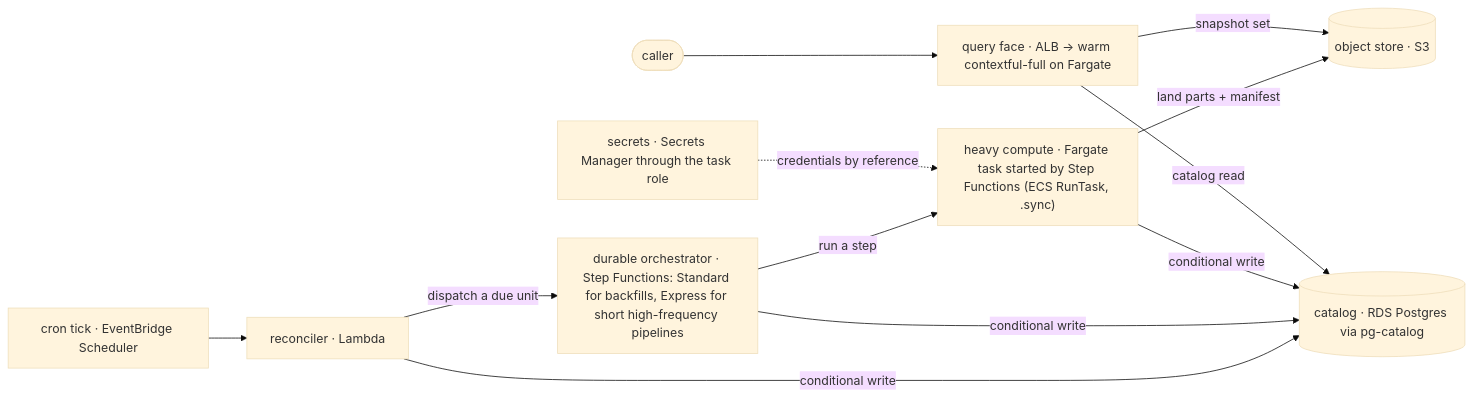
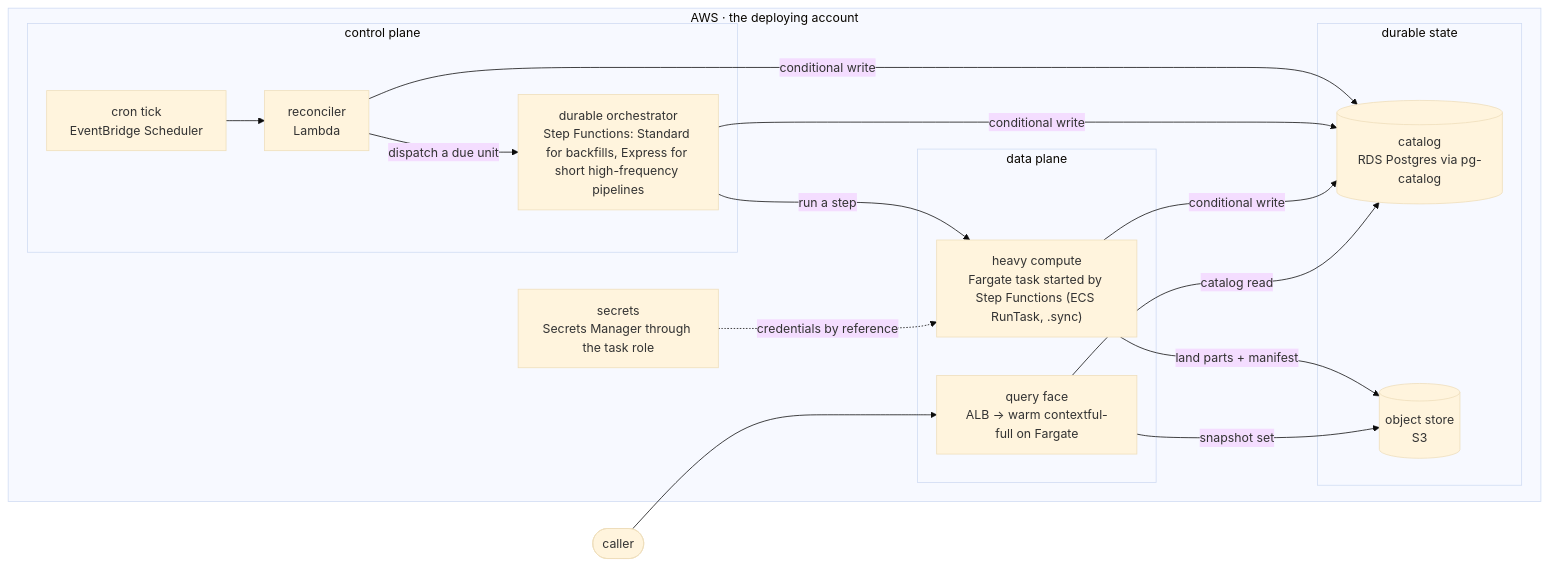
One commit to fractalboxdev/contextful changed the first of 3 diagrams in spec/targets.md. Above: the diagram before and after it, drawn with Mermaid (base theme). The commit also changed other lines of this file and 33 other files, not shown here.

Commit message:
spec: diagrams draw contracts, parties and trust zones as containers; a node standing for one is refused

````diff
--- a/spec/targets.md
+++ b/spec/targets.md
@@ -26,18 +26,26 @@
 ```mermaid
 flowchart LR
   CALLER(["caller"])
-  TICK["cron tick · EventBridge Scheduler"]
-  REC["reconciler · Lambda"]
-  ORCH["durable orchestrator · Step Functions: Standard for backfills, Express for short high-frequency pipelines"]
-  COMP["heavy compute · Fargate task started by Step Functions (ECS RunTask, .sync)"]
-  QF["query face · ALB → warm contextful-full on Fargate"]
-  CAT[("catalog · RDS Postgres via pg-catalog")]
-  OBJ[("object store · S3")]
-  SEC["secrets · Secrets Manager through the task role"]
+  subgraph ACCOUNT["AWS · the deploying account"]
+    subgraph CONTROL["control plane"]
+      TICK["cron tick<br/>EventBridge Scheduler"]
+      REC["reconciler<br/>Lambda"]
+      ORCH["durable orchestrator<br/>Step Functions: Standard for backfills, Express for short high-frequency pipelines"]
+    end
+    subgraph DATA["data plane"]
+      COMP["heavy compute<br/>Fargate task started by Step Functions (ECS RunTask, .sync)"]
+      QF["query face<br/>ALB → warm contextful-full on Fargate"]
+    end
+    subgraph STATE["durable state"]
+      CAT[("catalog<br/>RDS Postgres via pg-catalog")]
+      OBJ[("object store<br/>S3")]
+    end
+    SEC["secrets<br/>Secrets Manager through the task role"]
+  end
   TICK --> REC -- "dispatch a due unit" --> ORCH -- "run a step" --> COMP
   COMP -- "land parts + manifest" --> OBJ
   REC & ORCH & COMP -- "conditional write" --> CAT
   CALLER --> QF -- "snapshot set" --> OBJ
   QF -- "catalog read" --> CAT
   SEC -. "credentials by reference" .-> COMP
 ```
````
